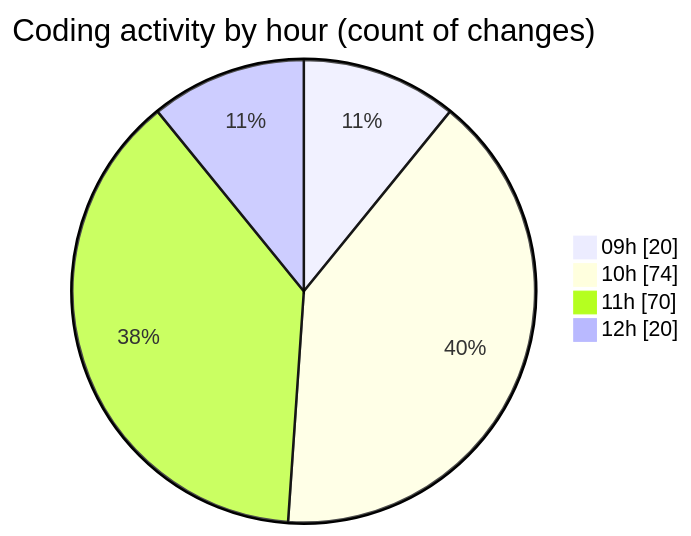
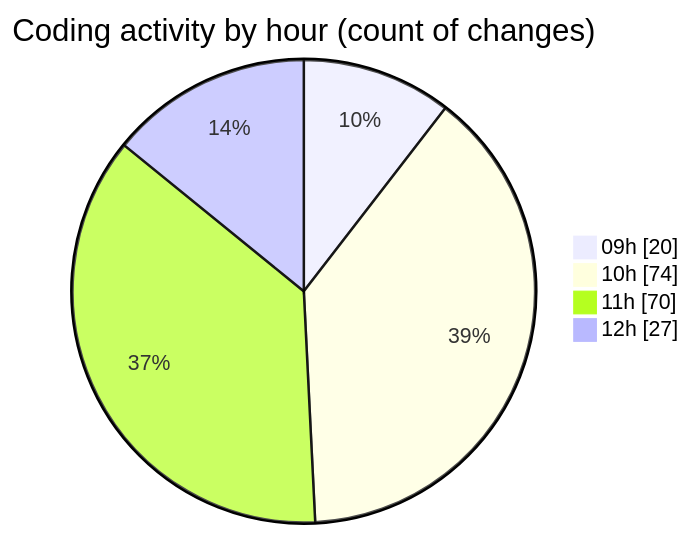
One commit to CELIANVF/code-tracking changed the second of 2 diagrams in 2025-06-06/ecodeli-1/README.md. Above: the diagram before and after it, drawn with Mermaid. The commit also changed other lines of this file and 1 other file, not shown here.

````diff
--- a/2025-06-06/ecodeli-1/README.md
+++ b/2025-06-06/ecodeli-1/README.md
@@ -84,8 +84,8 @@
 ```mermaid
 pie showData
 title Coding activity by hour (count of changes)
 "09h" : 20
 "10h" : 74
 "11h" : 70
-"12h" : 20
+"12h" : 27
 ```
````
